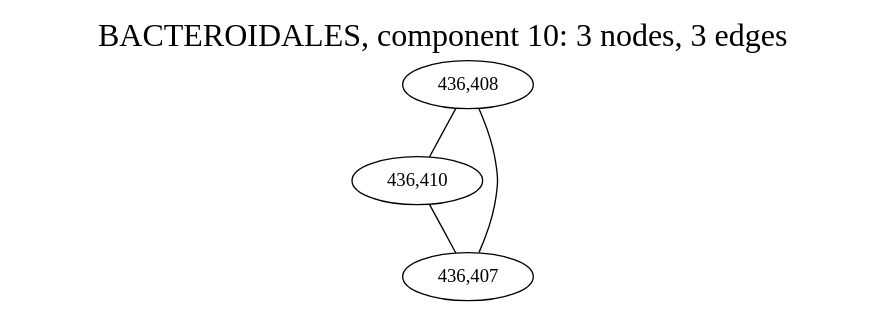
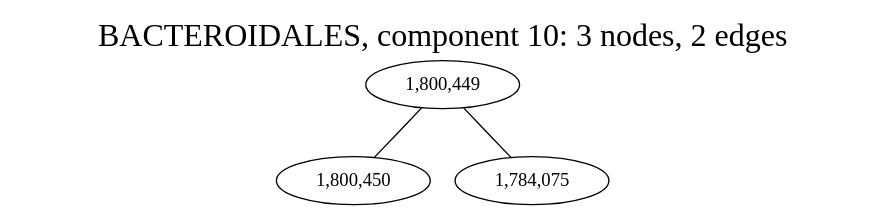
The diagram in notebooks/graphs/BACTEROIDALES_cc10.gv (fedarko/sheepgut), drawn with Graphviz before and after one commit. The commit also changed 20 other files, not shown here.

```diff
--- a/notebooks/graphs/BACTEROIDALES_cc10.gv
+++ b/notebooks/graphs/BACTEROIDALES_cc10.gv
@@ -1,13 +1,12 @@
 graph BACTEROIDALES_cc10 {
 	overlap="prism50";
 	outputorder="edgesfirst";
-	label="BACTEROIDALES, component 10: 3 nodes, 3 edges";
+	label="BACTEROIDALES, component 10: 3 nodes, 2 edges";
 	labelloc="t";
 	fontsize=24;
-	"436,408" [style="filled", fillcolor="#ffffff", fontcolor="#000000"];
-	"436,410" [style="filled", fillcolor="#ffffff", fontcolor="#000000"];
-	"436,407" [style="filled", fillcolor="#ffffff", fontcolor="#000000"];
-	"436,408" -- "436,407";
-	"436,408" -- "436,410";
-	"436,410" -- "436,407";
+	"1,800,449" [style="filled", fillcolor="#ffffff", fontcolor="#000000"];
+	"1,800,450" [style="filled", fillcolor="#ffffff", fontcolor="#000000"];
+	"1,784,075" [style="filled", fillcolor="#ffffff", fontcolor="#000000"];
+	"1,800,449" -- "1,800,450";
+	"1,800,449" -- "1,784,075";
 }
```
